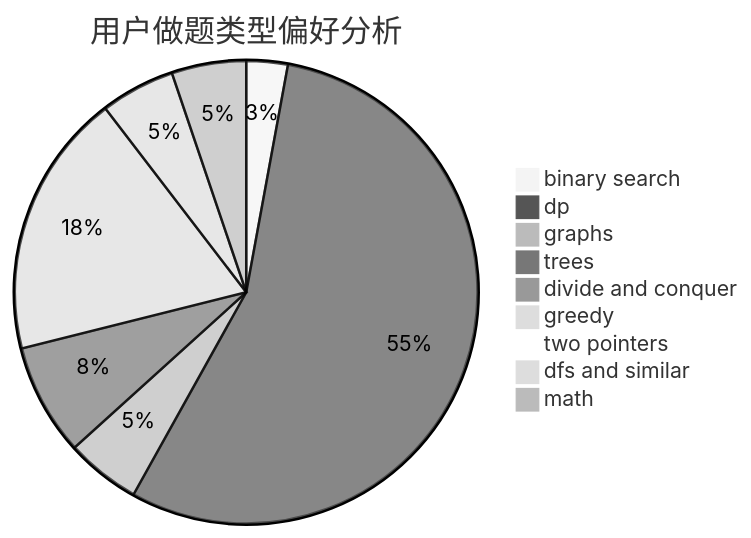
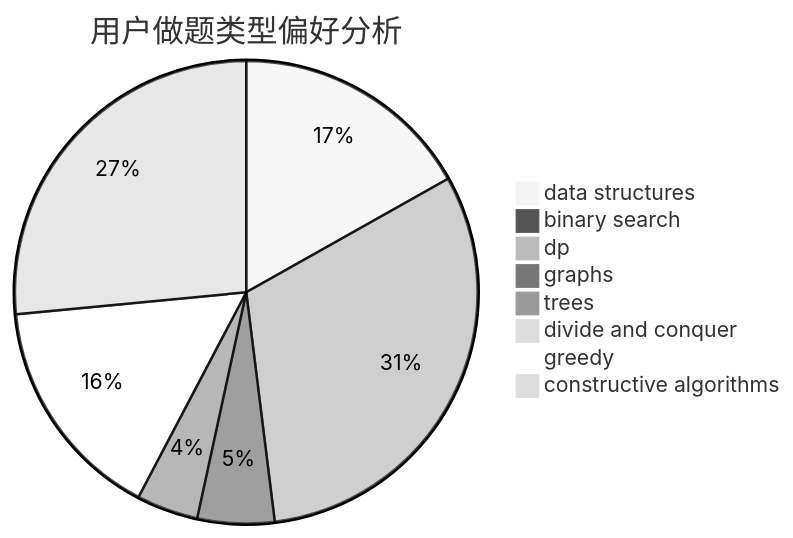
One commit to sherpahu/cfrs.github.io changed the second of 3 diagrams in docs/user/u1719.md. Above: the diagram before and after it, drawn with Mermaid (neutral theme). The commit also changed other lines of this file and 2775 other files, not shown here.

````diff
--- a/docs/user/u1719.md
+++ b/docs/user/u1719.md
@@ -23,12 +23,11 @@
 ```mermaid
 pie title 用户做题类型偏好分析
-    "binary search" :  10
-    "dp" :  191
-    "graphs" :  18
-    "trees" :  27
+    "data structures" :  47
+    "binary search" :  0
+    "dp" :  87
+    "graphs" :  15
+    "trees" :  12
     "divide and conquer" :  0
-    "greedy" :  64
-    "two pointers" :  3
-    "dfs and similar" :  18
-    "math" :  18
+    "greedy" :  44
+    "constructive algorithms" :  74
 ```
````
